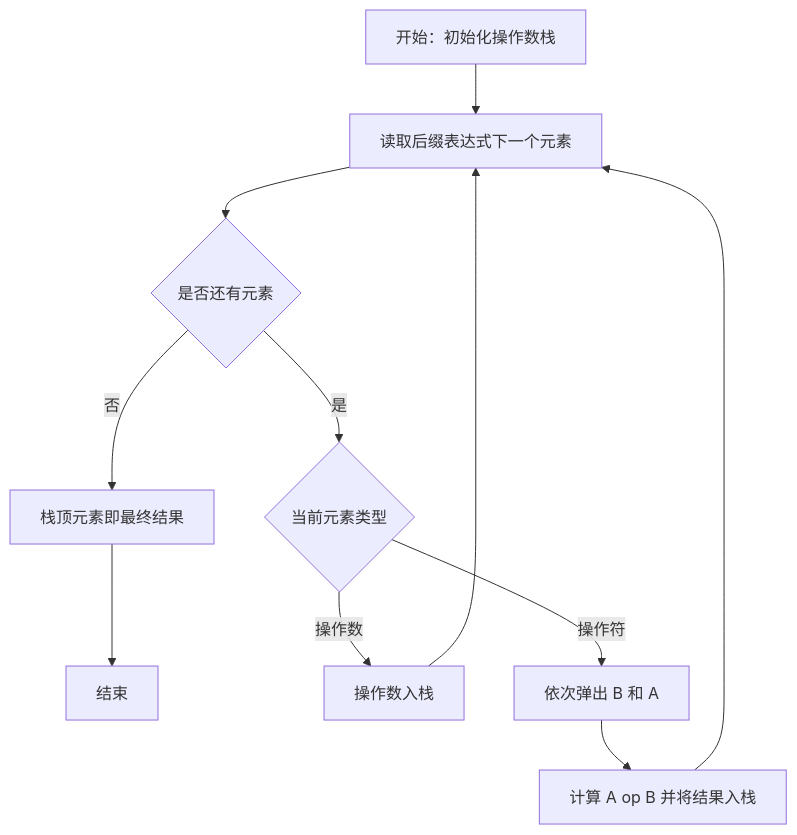
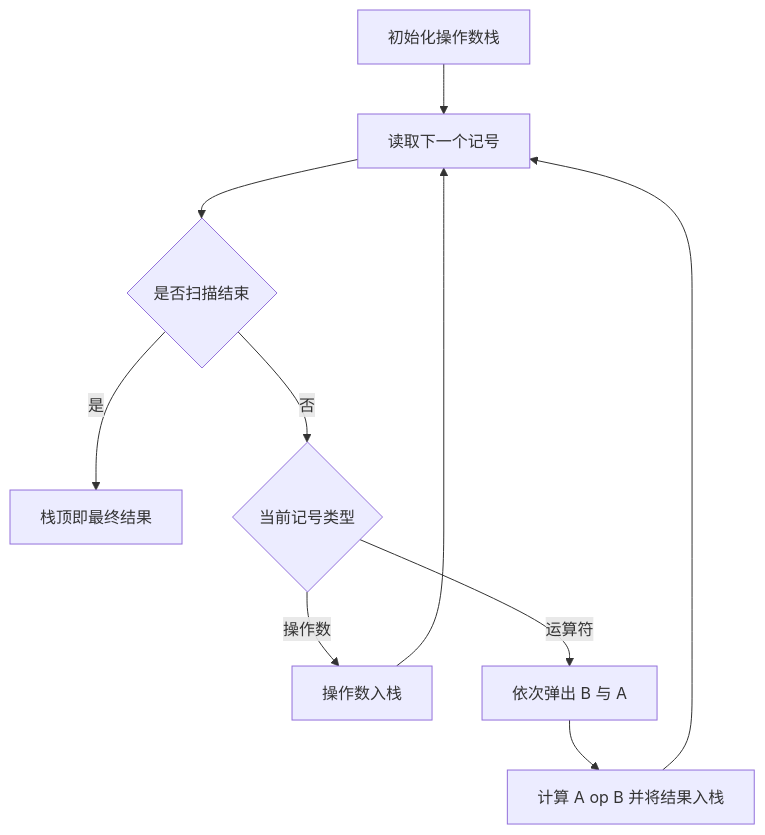
One commit to ActiveInsighter/fumadocs-study changed the first of 2 diagrams in content/docs/408/knowledge2/data-structure/03-stack-queue-array/03-applications.mdx. Above: the diagram before and after it, drawn with Mermaid. The commit also changed other lines of this file and 85 other files, not shown here.

````diff
--- a/content/docs/408/knowledge2/data-structure/03-stack-queue-array/03-applications.mdx
+++ b/content/docs/408/knowledge2/data-structure/03-stack-queue-array/03-applications.mdx
@@ -275,16 +251,12 @@
 ```mermaid
 flowchart TD
-    A[开始：初始化操作数栈] --> B[读取后缀表达式下一个元素]
-    B --> C{是否还有元素}
-    C -->|否| H[栈顶元素即最终结果]
-    H --> I[结束]
-
-    C -->|是| D{当前元素类型}
-
+    A[初始化操作数栈] --> B[读取下一个记号]
+    B --> C{是否扫描结束}
+    C -->|是| H[栈顶即最终结果]
+    C -->|否| D{当前记号类型}
     D -->|操作数| E[操作数入栈]
     E --> B
-
-    D -->|操作符| F[依次弹出 B 和 A]
+    D -->|运算符| F[依次弹出 B 与 A]
     F --> G[计算 A op B 并将结果入栈]
     G --> B
 ```
````
